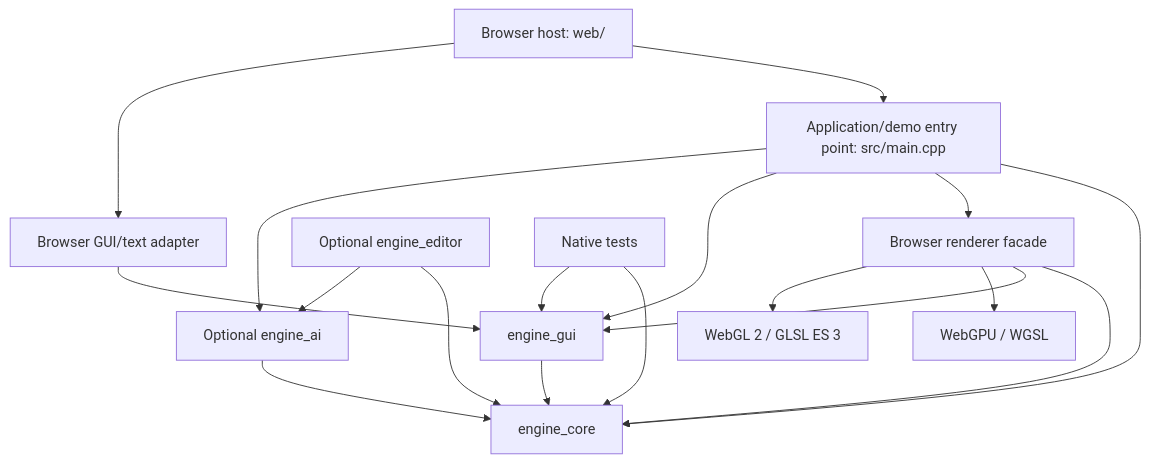
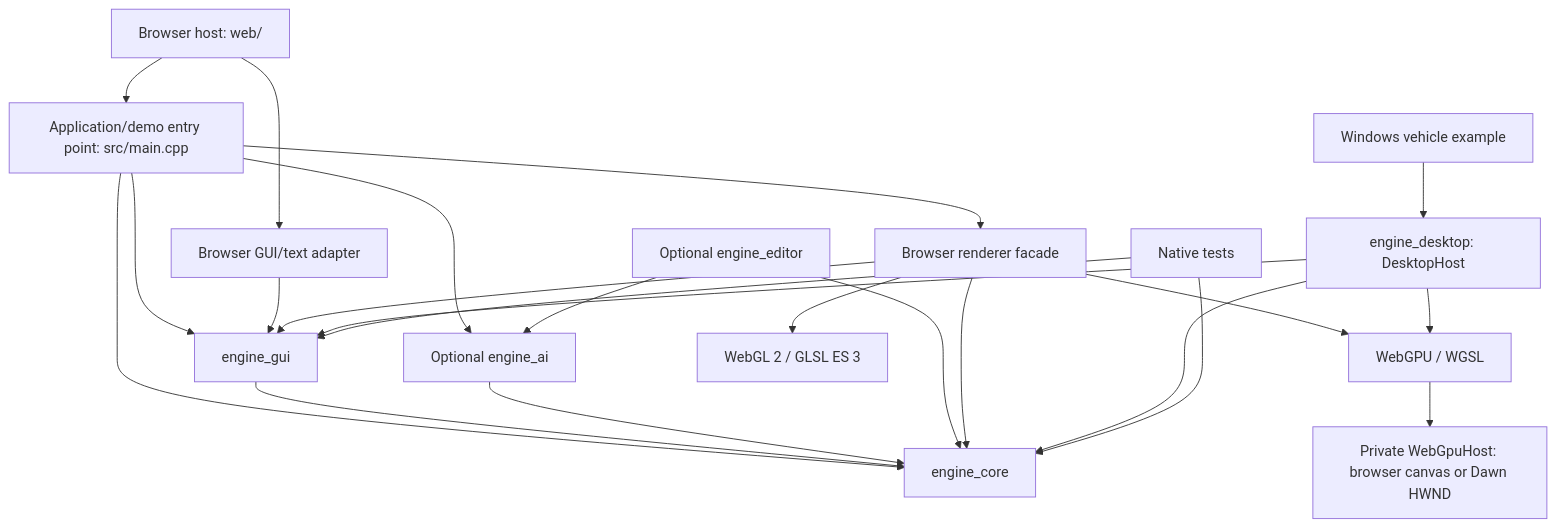
Before and after one commit to johdav999/WebEngine: the diagram in architecture.md, drawn with Mermaid. The commit also changed other lines of this file and 437 other files, not shown here.

````diff
--- a/architecture.md
+++ b/architecture.md
@@ -38,20 +101,25 @@
 ```mermaid
 flowchart TD
     Host[Browser host: web/] --> App[Application/demo entry point: src/main.cpp]
     Host --> Adapter[Browser GUI/text adapter]
     App --> Core[engine_core]
     App --> Renderer[Browser renderer facade]
     App --> Gui[engine_gui]
     Adapter --> Gui
     Gui --> Core
     AI[Optional engine_ai] --> Core
     App --> AI
     Editor[Optional engine_editor] --> Core
     Editor --> AI
     Renderer --> Core
     Renderer --> Gui
     Renderer --> GPU[WebGPU / WGSL]
     Renderer --> GL[WebGL 2 / GLSL ES 3]
+    Windows[engine_desktop: DesktopHost] --> Core
+    WindowsApp[Windows vehicle example] --> Windows
+    Windows --> Gui
+    Windows --> GPU
+    GPU --> Platform[Private WebGpuHost: browser canvas or Dawn HWND]
     Tests[Native tests] --> Core
     Tests --> Gui
 ```
````
